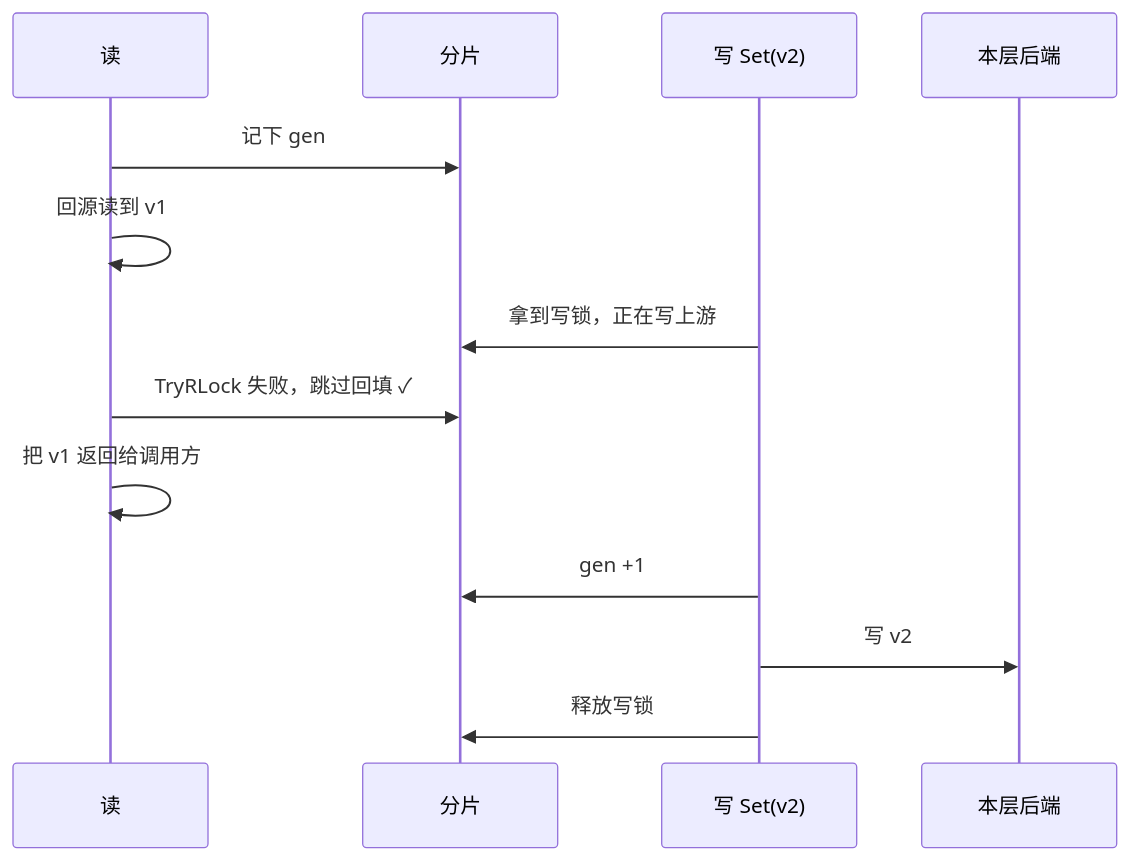
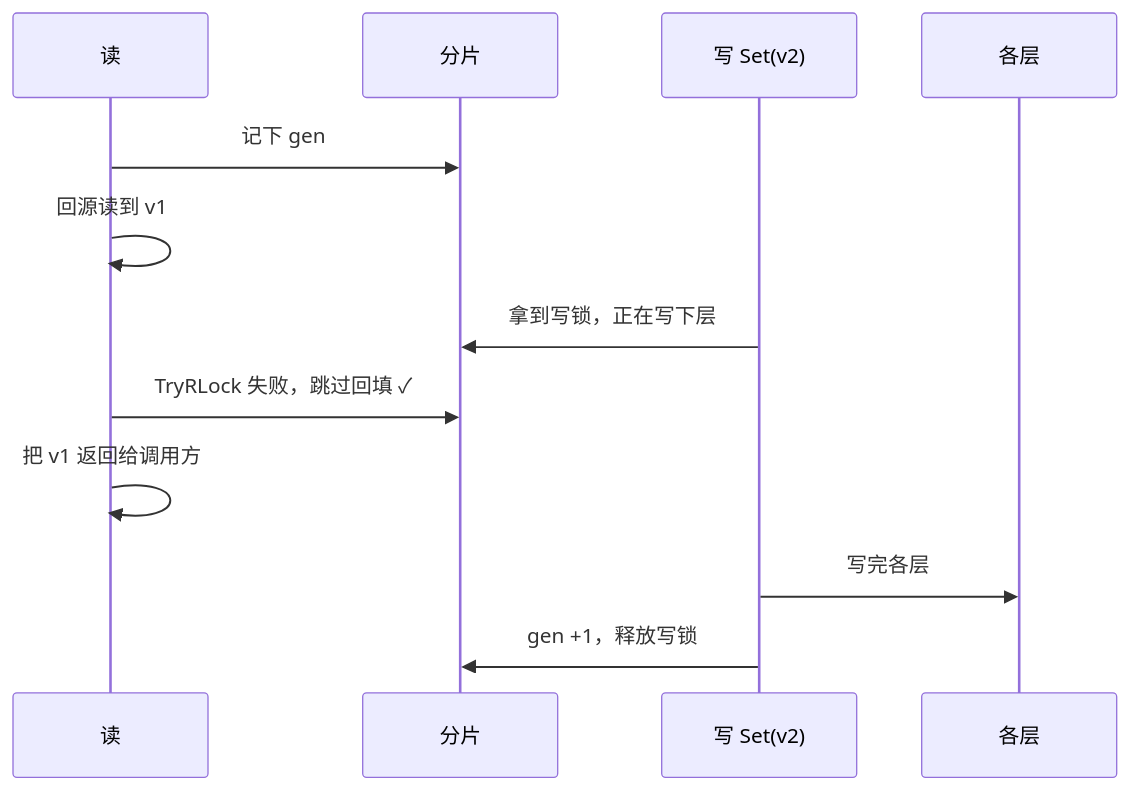
Before and after one commit to theplant/cachex: the fifth of 8 diagrams in docs/design/write-order.md, drawn with Mermaid. The commit also changed other lines of this file and 19 other files, not shown here.

````diff
--- a/docs/design/write-order.md
+++ b/docs/design/write-order.md
@@ -193,15 +187,14 @@
 ```mermaid
 sequenceDiagram
     participant R as 读
     participant S as 分片
     participant W as 写 Set(v2)
-    participant B as 本层后端
+    participant L as 各层
     R->>S: 记下 gen
     R->>R: 回源读到 v1
-    W->>S: 拿到写锁，正在写上游
+    W->>S: 拿到写锁，正在写下层
     R->>S: TryRLock 失败，跳过回填 ✓
     R->>R: 把 v1 返回给调用方
-    W->>S: gen +1
-    W->>B: 写 v2
-    W->>S: 释放写锁
+    W->>L: 写完各层
+    W->>S: gen +1，释放写锁
 ```
````
